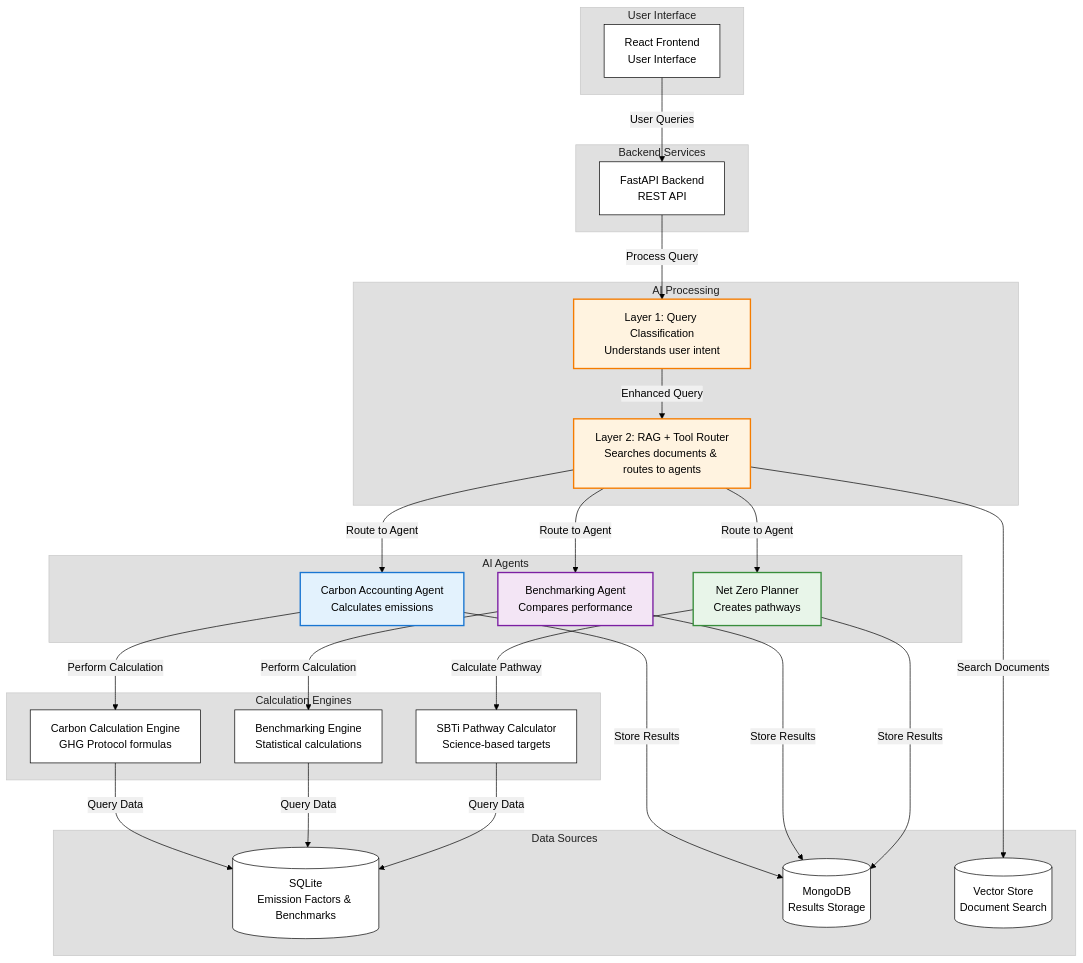
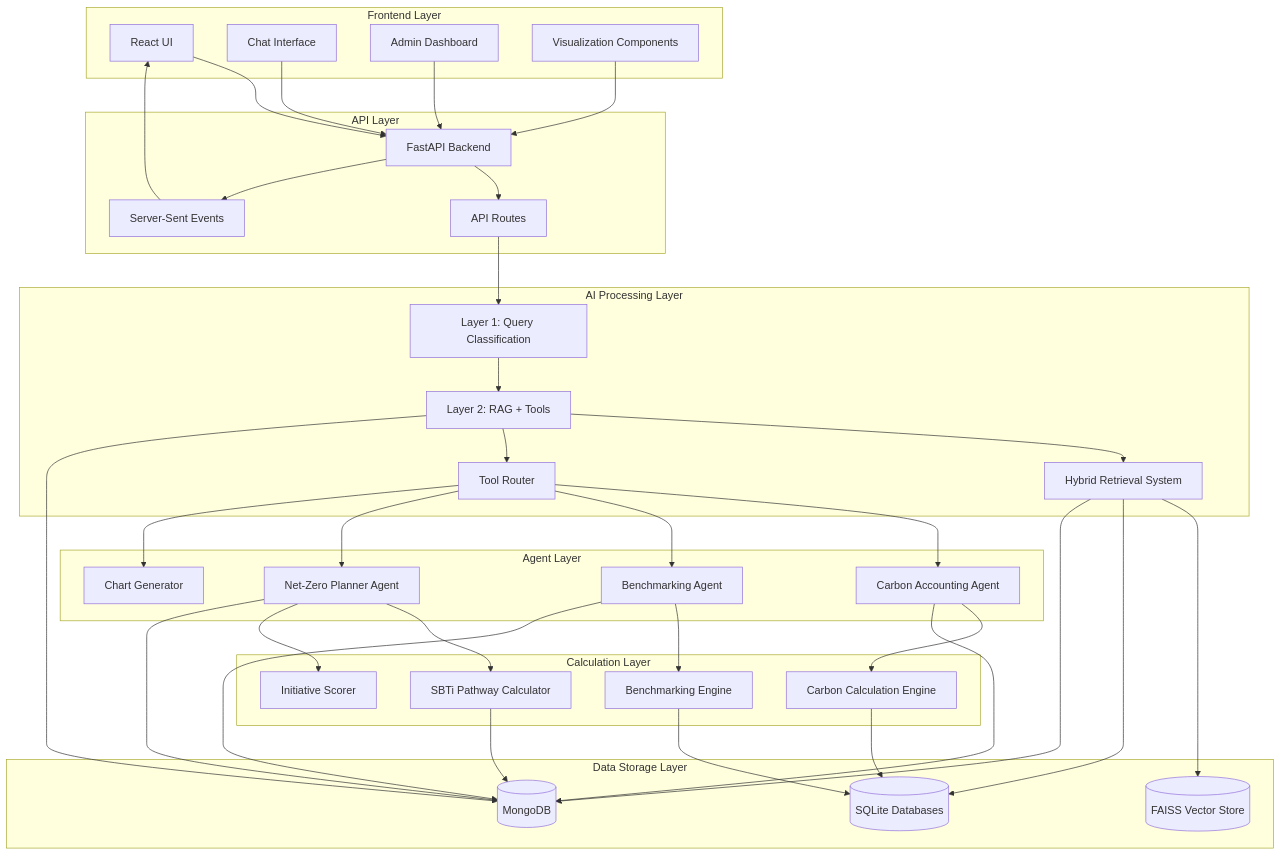
Before and after one commit to VaibhavYadavAntino/Fitsol: the first of 11 diagrams in README.md, drawn with Mermaid. The commit also changed other lines of this file, not shown here.

````diff
--- a/README.md
+++ b/README.md
@@ -81,61 +24,78 @@
 ```mermaid
-%%{init: {'theme':'base', 'themeVariables': { 'primaryColor':'#ffffff', 'primaryTextColor':'#000000', 'primaryBorderColor':'#000000', 'lineColor':'#000000', 'secondaryColor':'#f0f0f0', 'tertiaryColor':'#e0e0e0'}}}%%
 graph TB
-    subgraph "User Interface"
-        UI[React Frontend<br/>User Interface]
+    subgraph "Frontend Layer"
+        UI[React UI]
+        Chat[Chat Interface]
+        Dashboard[Admin Dashboard]
+        Viz[Visualization Components]
     end
     
-    subgraph "Backend Services"
-        API[FastAPI Backend<br/>REST API]
+    subgraph "API Layer"
+        FastAPI[FastAPI Backend]
+        Routes[API Routes]
+        SSE[Server-Sent Events]
     end
     
-    subgraph "AI Processing"
-        L1[Layer 1: Query Classification<br/>Understands user intent]
-        L2[Layer 2: RAG + Tool Router<br/>Searches documents & routes to agents]
+    subgraph "AI Processing Layer"
+        Layer1[Layer 1: Query Classification]
+        Layer2[Layer 2: RAG + Tools]
+        Router[Tool Router]
+        HybridRetrieval[Hybrid Retrieval System]
     end
     
-    subgraph "AI Agents"
-        CA[Carbon Accounting Agent<br/>Calculates emissions]
-        BA[Benchmarking Agent<br/>Compares performance]
-        NZ[Net Zero Planner<br/>Creates pathways]
+    subgraph "Agent Layer"
+        Carbon[Carbon Accounting Agent]
+        Bench[Benchmarking Agent]
+        NetZero[Net-Zero Planner Agent]
+        Chart[Chart Generator]
     end
     
-    subgraph "Calculation Engines"
-        CCE[Carbon Calculation Engine<br/>GHG Protocol formulas]
-        BCE[Benchmarking Engine<br/>Statistical calculations]
-        SBTI[SBTi Pathway Calculator<br/>Science-based targets]
+    subgraph "Calculation Layer"
+        CarbonCalc[Carbon Calculation Engine]
+        BenchCalc[Benchmarking Engine]
+        NetZeroCalc[SBTi Pathway Calculator]
+        InitiativeScorer[Initiative Scorer]
     end
     
-    subgraph "Data Sources"
-        SQL[(SQLite<br/>Emission Factors & Benchmarks)]
-        MDB[(MongoDB<br/>Results Storage)]
-        VS[(Vector Store<br/>Document Search)]
+    subgraph "Data Storage Layer"
+        MongoDB[(MongoDB)]
+        FAISS[(FAISS Vector Store)]
+        SQLite[(SQLite Databases)]
     end
     
-    UI -->|User Queries| API
-    API -->|Process Query| L1
-    L1 -->|Enhanced Query| L2
-    L2 -->|Route to Agent| CA
-    L2 -->|Route to Agent| BA
-    L2 -->|Route to Agent| NZ
+    UI --> FastAPI
+    Chat --> FastAPI
+    Dashboard --> FastAPI
+    Viz --> FastAPI
     
-    CA -->|Perform Calculation| CCE
-    BA -->|Perform Calculation| BCE
-    NZ -->|Calculate Pathway| SBTI
+    FastAPI --> Routes
+    Routes --> Layer1
+    Layer1 --> Layer2
+    Layer2 --> HybridRetrieval
+    Layer2 --> Router
     
-    CCE -->|Query Data| SQL
-    BCE -->|Query Data| SQL
-    SBTI -->|Query Data| SQL
+    Router --> Carbon
+    Router --> Bench
+    Router --> NetZero
+    Router --> Chart
     
-    CA -->|Store Results| MDB
-    BA -->|Store Results| MDB
-    NZ -->|Store Results| MDB
+    Carbon --> CarbonCalc
+    Bench --> BenchCalc
+    NetZero --> NetZeroCalc
+    NetZero --> InitiativeScorer
     
-    L2 -->|Search Documents| VS
+    CarbonCalc --> SQLite
+    BenchCalc --> SQLite
+    NetZeroCalc --> MongoDB
     
-    style CA fill:#e3f2fd,stroke:#1976d2,stroke-width:2px,color:#000
-    style BA fill:#f3e5f5,stroke:#7b1fa2,stroke-width:2px,color:#000
-    style NZ fill:#e8f5e9,stroke:#388e3c,stroke-width:2px,color:#000
-    style L1 fill:#fff3e0,stroke:#f57c00,stroke-width:2px,color:#000
-    style L2 fill:#fff3e0,stroke:#f57c00,stroke-width:2px,color:#000
+    HybridRetrieval --> FAISS
+    HybridRetrieval --> SQLite
+    HybridRetrieval --> MongoDB
+    Layer2 --> MongoDB
+    Carbon --> MongoDB
+    Bench --> MongoDB
+    NetZero --> MongoDB
+    
+    FastAPI --> SSE
+    SSE --> UI
 ```
````
